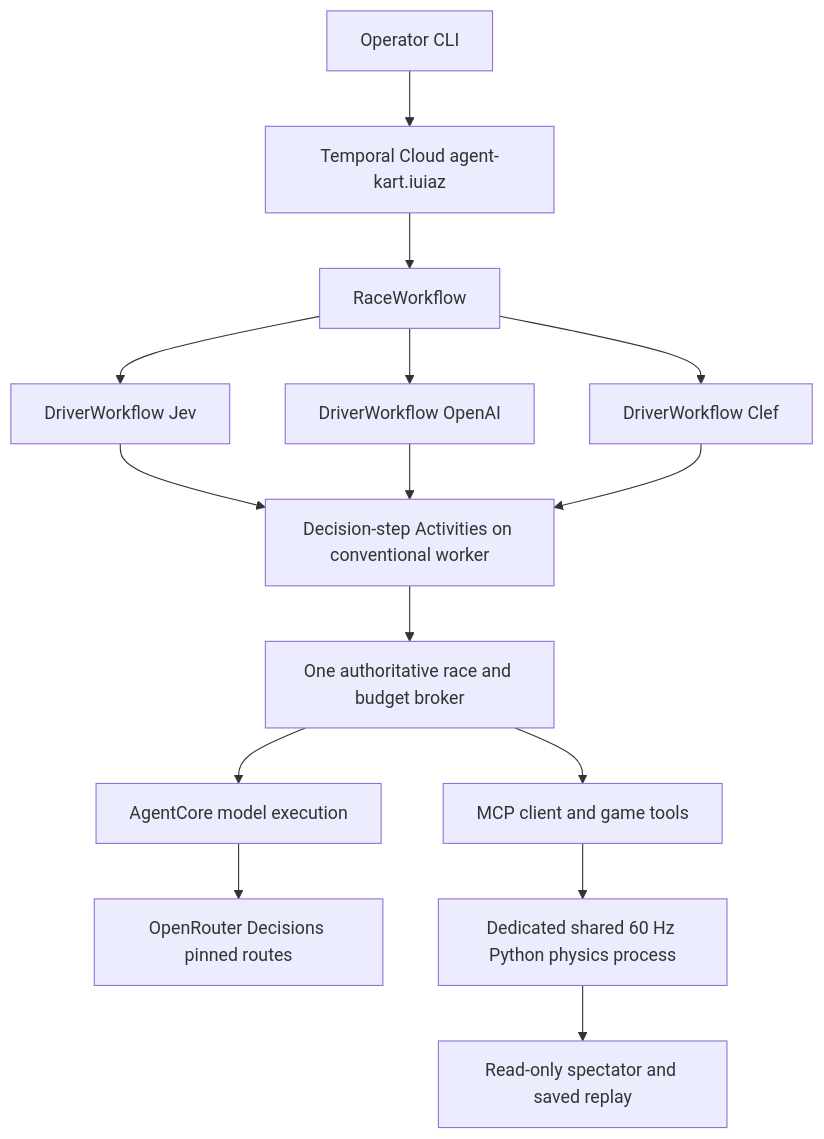
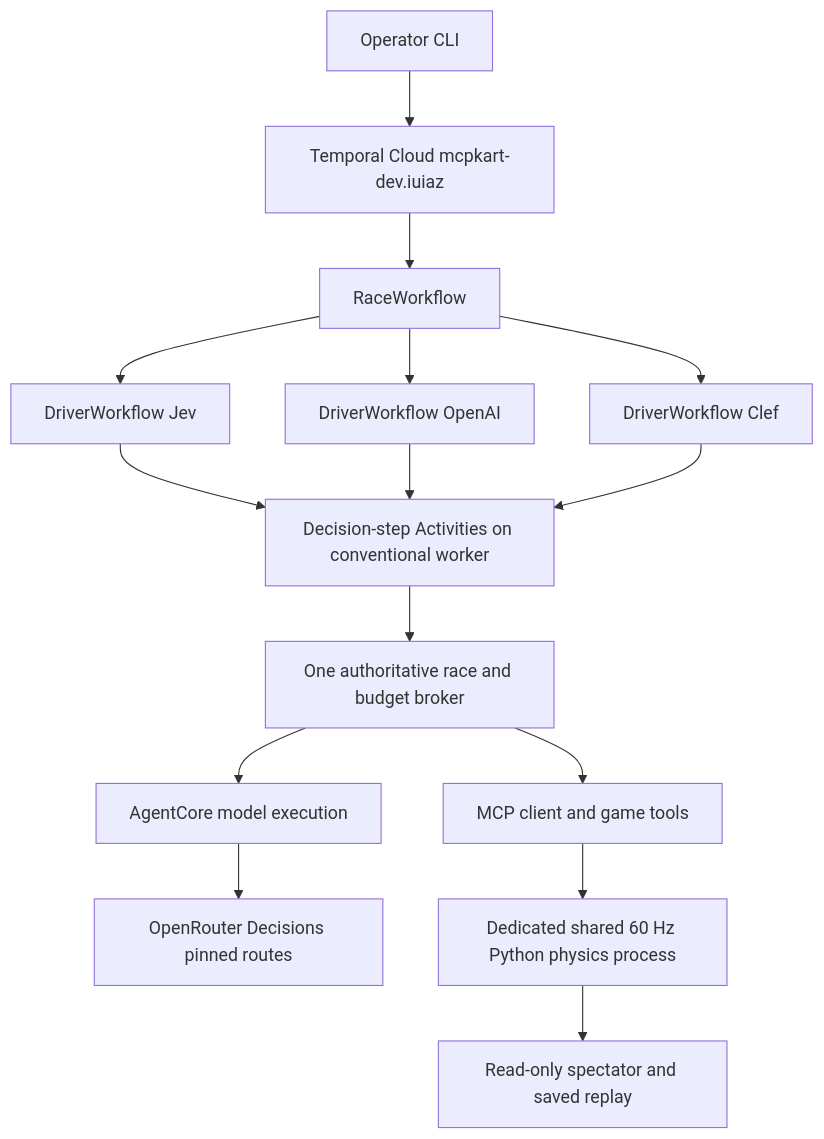
Before and after one commit to atbaker/mcpkart: the diagram in docs/research/2026-10-29-temporal-agentcore-demo.md, drawn with Mermaid. The commit also changed other lines of this file and 4 other files, not shown here.

````diff
--- a/docs/research/2026-10-29-temporal-agentcore-demo.md
+++ b/docs/research/2026-10-29-temporal-agentcore-demo.md
@@ -98,17 +98,17 @@
 ```mermaid
 flowchart TB
-    O[Operator CLI] --> T[Temporal Cloud agent-kart.iuiaz]
+    O[Operator CLI] --> T[Temporal Cloud mcpkart-dev.iuiaz]
     T --> R[RaceWorkflow]
     R --> J[DriverWorkflow Jev]
     R --> A[DriverWorkflow OpenAI]
     R --> C[DriverWorkflow Clef]
     J --> D[Decision-step Activities on conventional worker]
     A --> D
     C --> D
     D --> B[One authoritative race and budget broker]
     B --> M[AgentCore model execution]
     M --> P[OpenRouter Decisions pinned routes]
     B --> MCP[MCP client and game tools]
     MCP --> G[Dedicated shared 60 Hz Python physics process]
     G --> V[Read-only spectator and saved replay]
 ```
````
